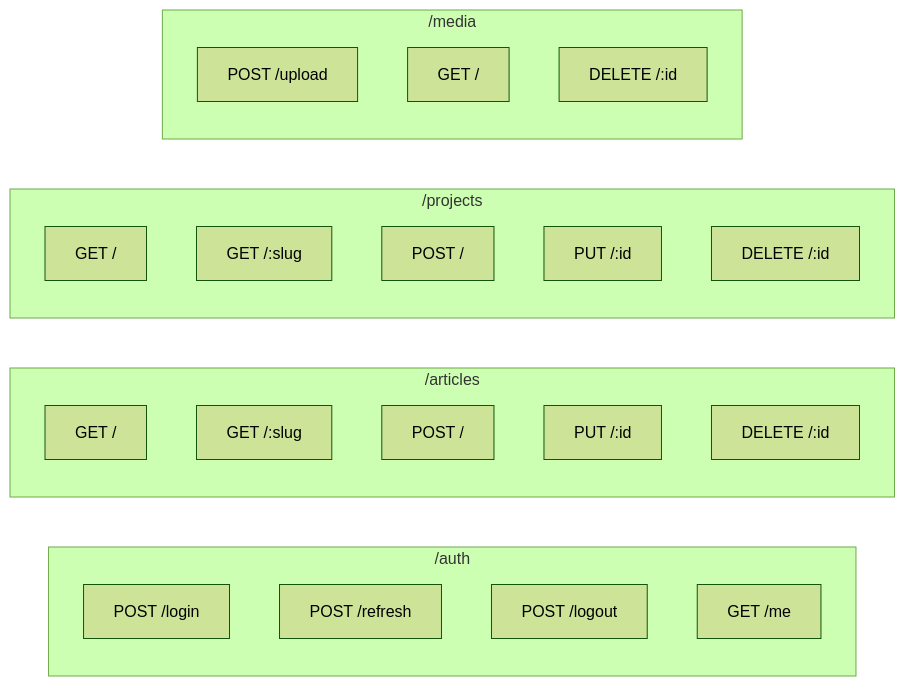
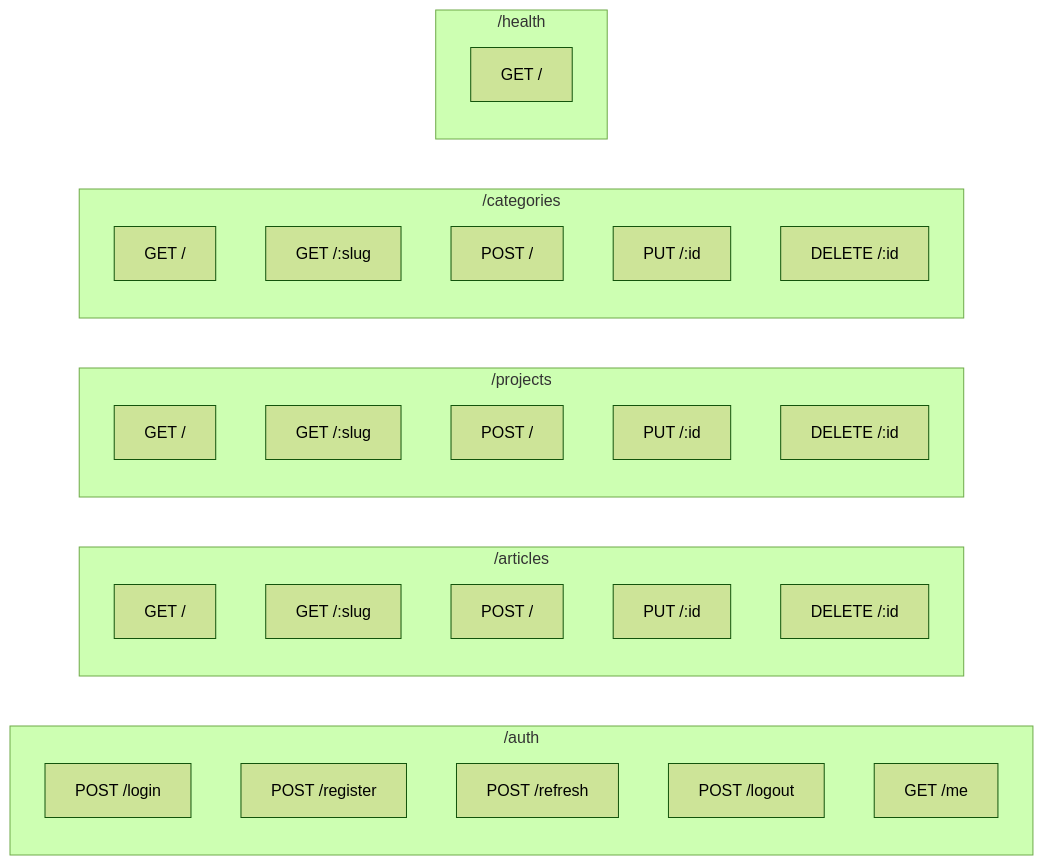
One commit to petrushandika/Personal-Portfolio changed the eighth of 22 diagrams in Documentation/ARCHITECTURE.md. Above: the diagram before and after it, drawn with Mermaid (forest theme). The commit also changed other lines of this file and 45 other files, not shown here.

````diff
--- a/Documentation/ARCHITECTURE.md
+++ b/Documentation/ARCHITECTURE.md
@@ -260,31 +272,38 @@
 ```mermaid
 graph LR
     subgraph Auth["/auth"]
         LOGIN["POST /login"]
+        REGISTER["POST /register"]
         REFRESH["POST /refresh"]
         LOGOUT["POST /logout"]
         ME["GET /me"]
     end
 
     subgraph Articles["/articles"]
         LIST["GET /"]
         GET["GET /:slug"]
         CREATE["POST /"]
         UPDATE["PUT /:id"]
         DELETE["DELETE /:id"]
     end
 
     subgraph Projects["/projects"]
         LIST_P["GET /"]
         GET_P["GET /:slug"]
         CREATE_P["POST /"]
         UPDATE_P["PUT /:id"]
         DELETE_P["DELETE /:id"]
     end
 
-    subgraph Media["/media"]
-        UPLOAD["POST /upload"]
-        LIST_M["GET /"]
-        DELETE_M["DELETE /:id"]
+    subgraph Categories["/categories"]
+        LIST_C["GET /"]
+        GET_C["GET /:slug"]
+        CREATE_C["POST /"]
+        UPDATE_C["PUT /:id"]
+        DELETE_C["DELETE /:id"]
+    end
+
+    subgraph Health["/health"]
+        HEALTH_CHECK["GET /"]
     end
 ```
````
